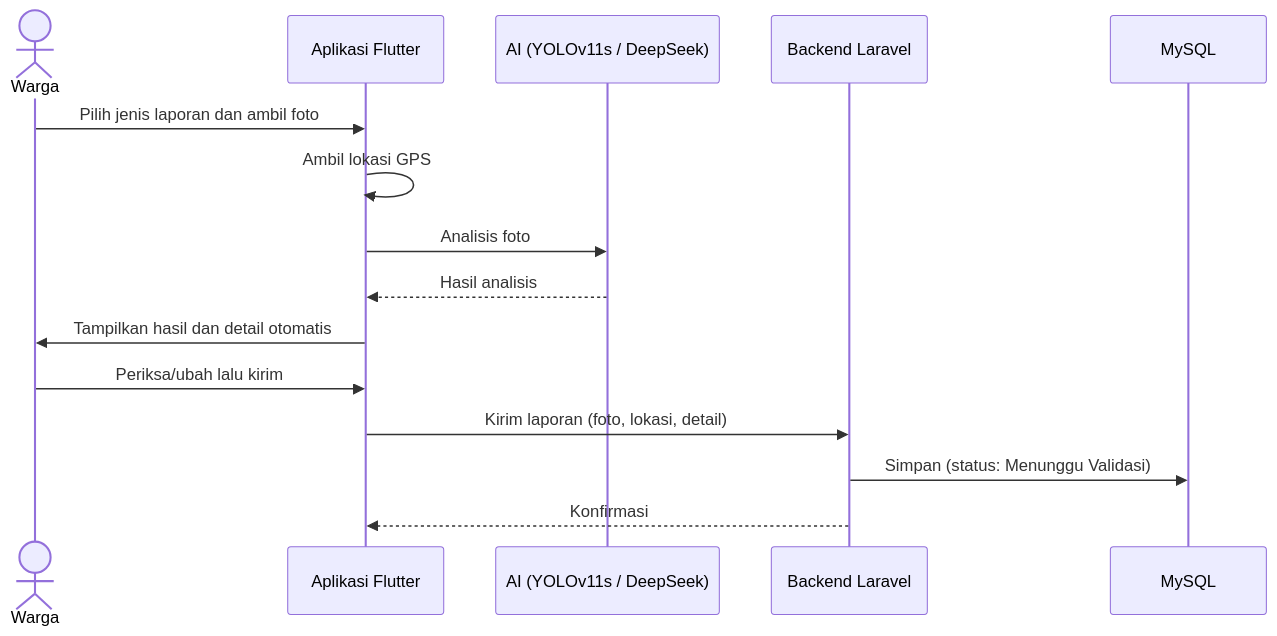
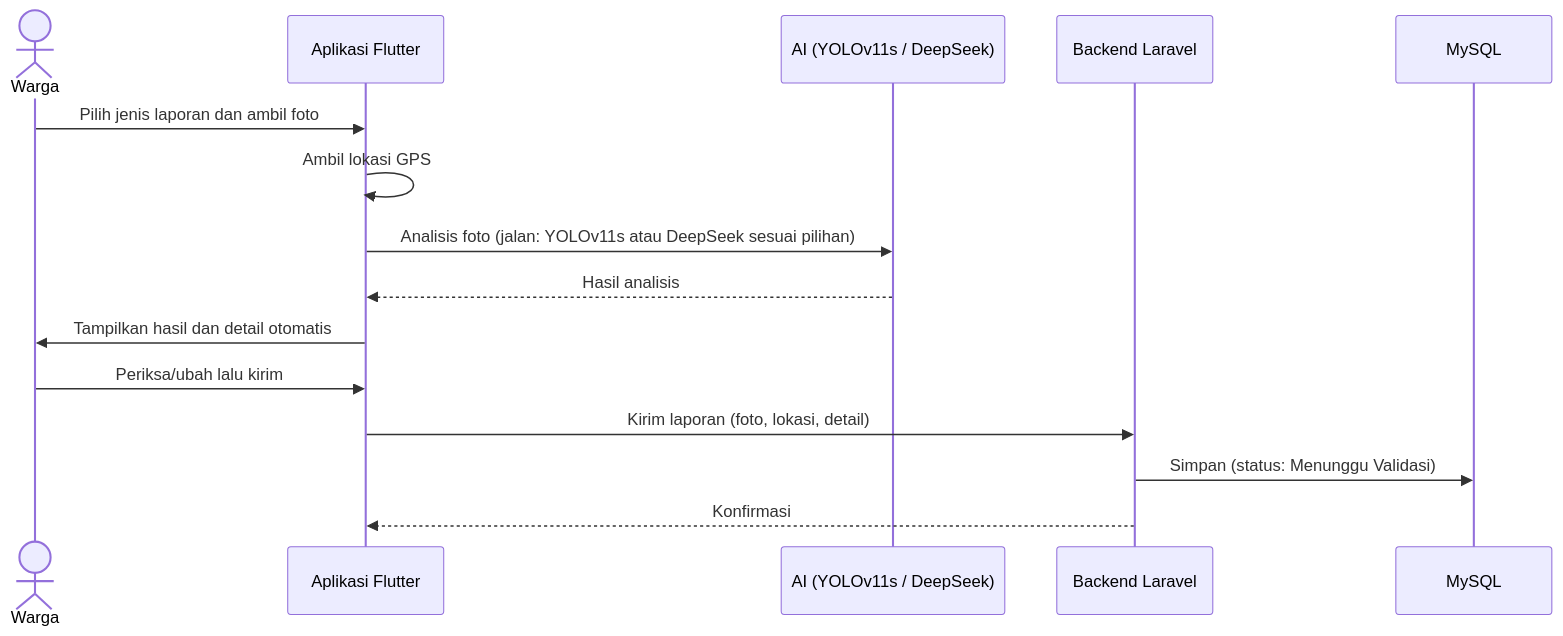
One commit to faldyardiansyah/LaporDermayu changed the fifth of 7 diagrams in README.md. Above: the diagram before and after it, drawn with Mermaid. The commit also changed other lines of this file, not shown here.

````diff
--- a/README.md
+++ b/README.md
@@ -258,18 +355,18 @@
 ```mermaid
 sequenceDiagram
     actor U as Warga
     participant M as Aplikasi Flutter
     participant AI as AI (YOLOv11s / DeepSeek)
     participant B as Backend Laravel
     participant DB as MySQL
 
     U->>M: Pilih jenis laporan dan ambil foto
     M->>M: Ambil lokasi GPS
-    M->>AI: Analisis foto
+    M->>AI: Analisis foto (jalan: YOLOv11s atau DeepSeek sesuai pilihan)
     AI-->>M: Hasil analisis
     M->>U: Tampilkan hasil dan detail otomatis
     U->>M: Periksa/ubah lalu kirim
     M->>B: Kirim laporan (foto, lokasi, detail)
     B->>DB: Simpan (status: Menunggu Validasi)
     B-->>M: Konfirmasi
 ```
````
